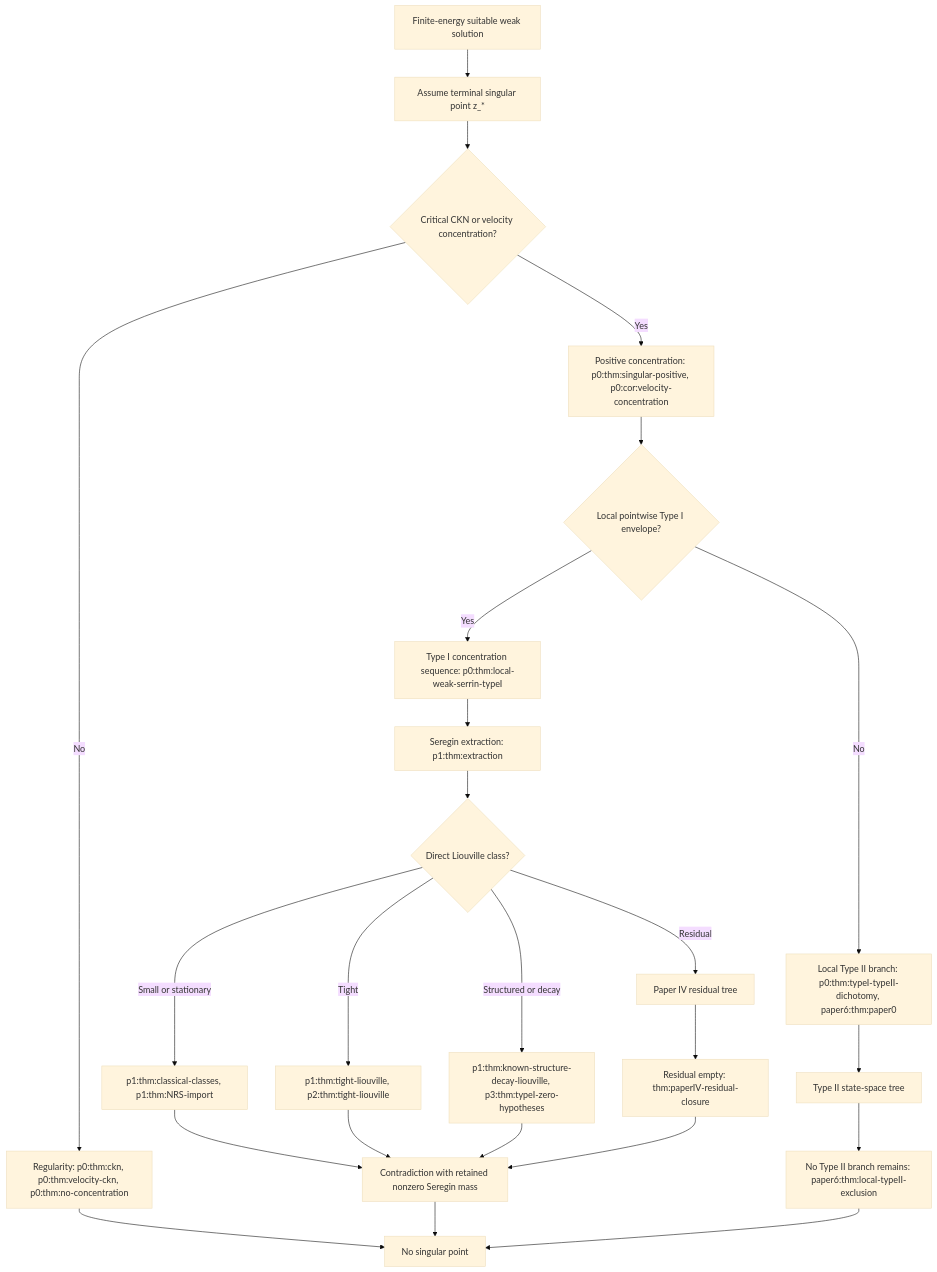
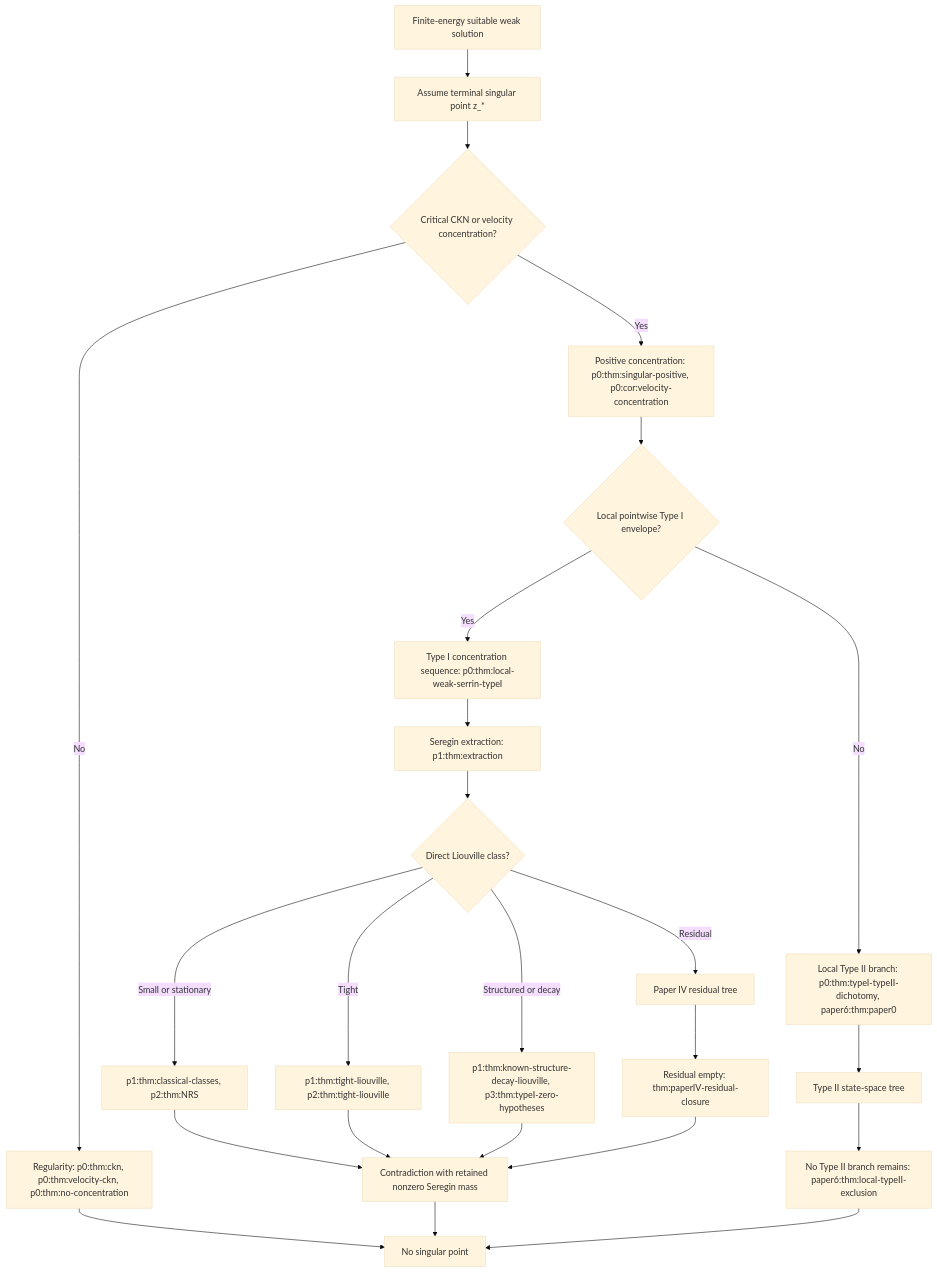
One commit to Guillemdb/hypostructure changed the first of 5 diagrams in docs/source/ns_paper/overall_proof_architecture.md. Above: the diagram before and after it, drawn with Mermaid (base theme). The commit also changed other lines of this file and 22 other files, not shown here.

Commit message:
strenghten first 2 papers. Improve architecture and type II

````diff
--- a/docs/source/ns_paper/overall_proof_architecture.md
+++ b/docs/source/ns_paper/overall_proof_architecture.md
@@ -183,26 +273,26 @@
 ```mermaid
 flowchart TD
   A["Finite-energy suitable weak solution"] --> B["Assume terminal singular point z_*"]
   B --> C{"Critical CKN or velocity concentration?"}
   C -- "No" --> C0["Regularity: p0:thm:ckn, p0:thm:velocity-ckn, p0:thm:no-concentration"]
   C -- "Yes" --> C1["Positive concentration: p0:thm:singular-positive, p0:cor:velocity-concentration"]
   C1 --> D{"Local pointwise Type I envelope?"}
   D -- "Yes" --> I0["Type I concentration sequence: p0:thm:local-weak-serrin-typeI"]
   D -- "No" --> II0["Local Type II branch: p0:thm:typeI-typeII-dichotomy, paper6:thm:paper0"]
   I0 --> I1["Seregin extraction: p1:thm:extraction"]
   I1 --> I2{"Direct Liouville class?"}
-  I2 -- "Small or stationary" --> I3["p1:thm:classical-classes, p1:thm:NRS-import"]
+  I2 -- "Small or stationary" --> I3["p1:thm:classical-classes, p2:thm:NRS"]
   I2 -- "Tight" --> I4["p1:thm:tight-liouville, p2:thm:tight-liouville"]
   I2 -- "Structured or decay" --> I5["p1:thm:known-structure-decay-liouville, p3:thm:typeI-zero-hypotheses"]
   I2 -- "Residual" --> R0["Paper IV residual tree"]
   I3 --> IX["Contradiction with retained nonzero Seregin mass"]
   I4 --> IX
   I5 --> IX
   R0 --> RX["Residual empty: thm:paperIV-residual-closure"]
   RX --> IX
   II0 --> T0["Type II state-space tree"]
   T0 --> TX["No Type II branch remains: paper6:thm:local-typeII-exclusion"]
   C0 --> END["No singular point"]
   IX --> END
   TX --> END
 ```
````
